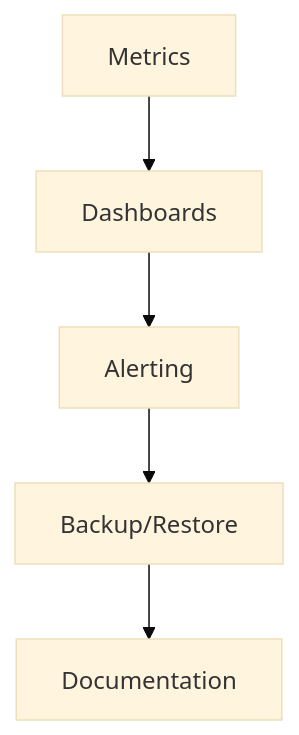
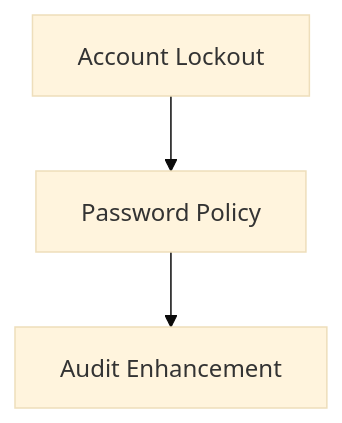
Before and after one commit to royzah/OryxID: the fourth of 6 diagrams in TODO.md, drawn with Mermaid (base theme). The commit also changed other lines of this file, not shown here.

First line of the commit message:
Refocus roadmap on M2M API security use case

````diff
--- a/TODO.md
+++ b/TODO.md
@@ -106,7 +94,5 @@
 ```mermaid
 flowchart TD
-    A[Metrics] --> B[Dashboards]
-    B --> C[Alerting]
-    C --> D[Backup/Restore]
-    D --> E[Documentation]
+    A[Account Lockout] --> B[Password Policy]
+    B --> C[Audit Enhancement]
 ```
````
